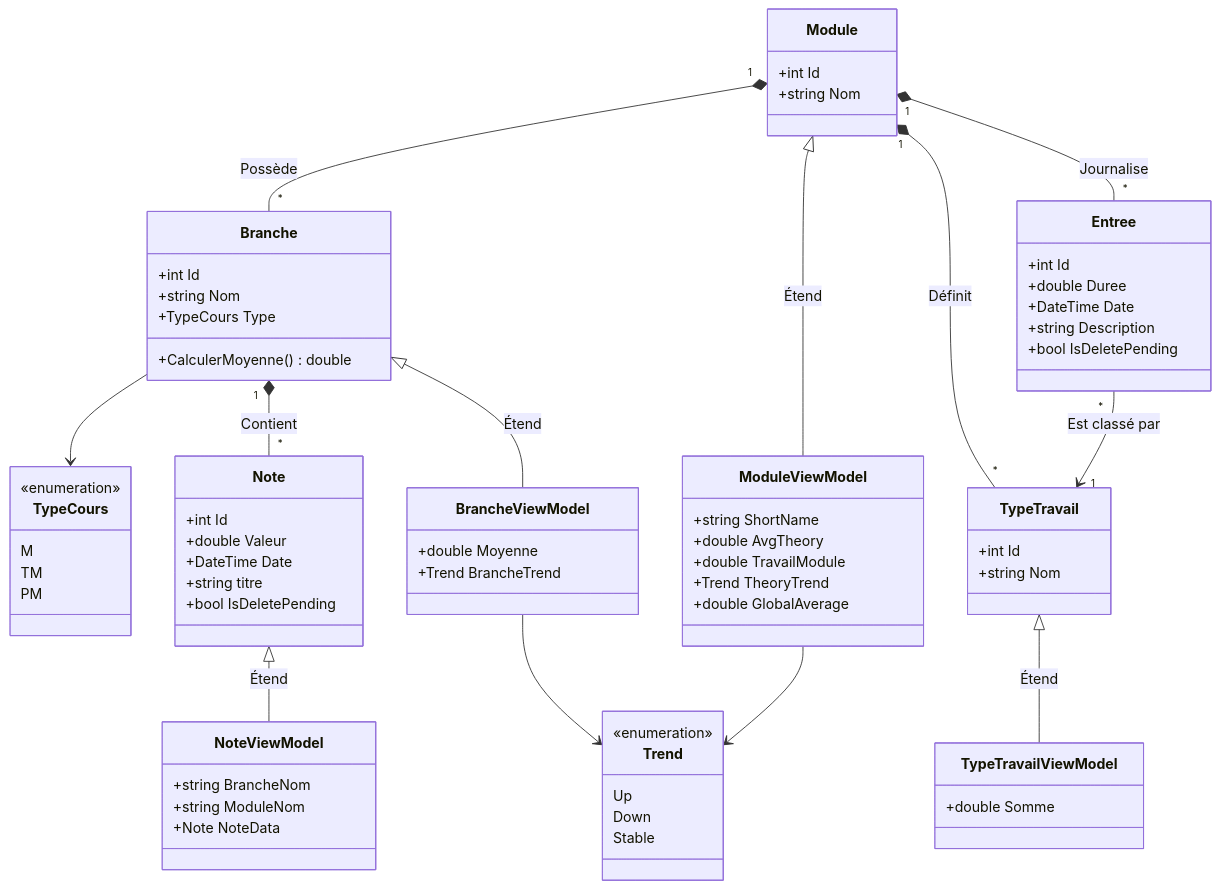
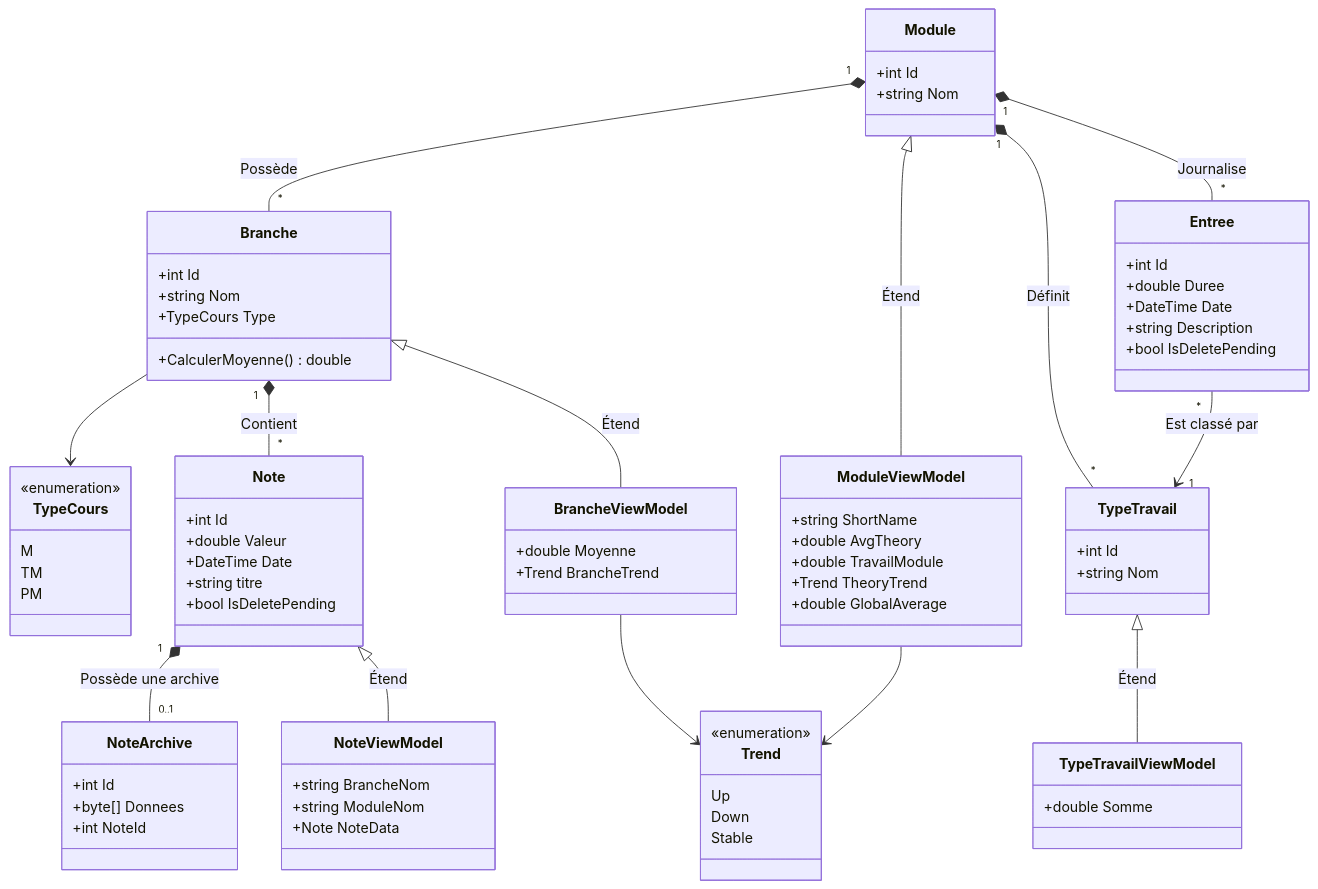
Before and after one commit to Hoferlukaslh/ScholarLog: the third of 3 diagrams in src/Data/README.md, drawn with Mermaid. The commit also changed other lines of this file, not shown here.

```diff
--- a/src/Data/README.md
+++ b/src/Data/README.md
@@ -315,6 +328,12 @@
         +string titre
         +bool IsDeletePending
     }
+    
+    class NoteArchive {
+        +int Id
+        +byte[] Donnees
+        +int NoteId
+    }
 
     %% Modèles de vue (MVVM pour Avalonia)
     class ModuleViewModel {
@@ -342,6 +361,8 @@
     Module "1" *-- "*" Entree : Journalise
     Module "1" *-- "*" TypeTravail : Définit
     Branche "1" *-- "*" Note : Contient
+    
+    Note "1" *-- "0..1" NoteArchive : Possède une archive
 
     %% Associations simples
     Entree "*" --> "1" TypeTravail : Est classé par
```
